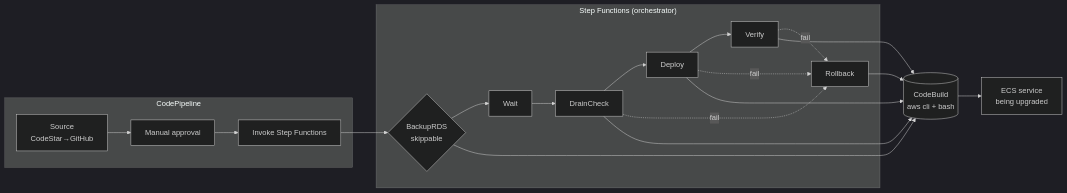
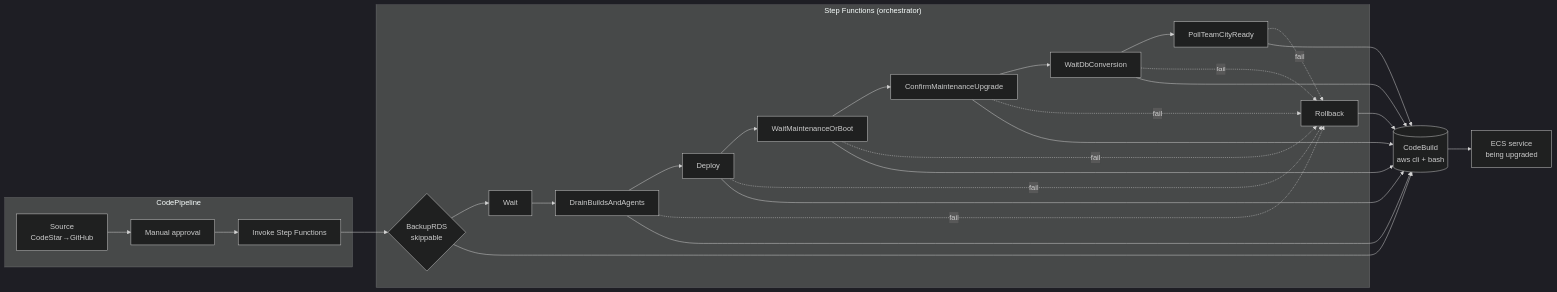
The diagram in README.md (Funkythumbs42/tc-upgrade-poc), drawn with Mermaid (dark theme) before and after one commit. The commit also changed other lines of this file and 12 other files, not shown here.

First line of the commit message:
Add autonomous major TC upgrade: drain agents, maintenance confirm, DB wait

````diff
--- a/README.md
+++ b/README.md
@@ -68,25 +72,34 @@
 ```mermaid
 flowchart LR
   subgraph Pipeline["CodePipeline"]
     S[Source<br/>CodeStar→GitHub] --> A[Manual approval]
     A --> I[Invoke Step Functions]
   end
 
   subgraph SFN["Step Functions (orchestrator)"]
     B{BackupRDS<br/>skippable} --> W[Wait]
-    W --> D[DrainCheck]
-    D --> U[Deploy]
-    U --> V[Verify]
-    D -. fail .-> R[Rollback]
+    W --> Dr[DrainBuildsAndAgents]
+    Dr --> U[Deploy]
+    U --> M[WaitMaintenanceOrBoot]
+    M --> C[ConfirmMaintenanceUpgrade]
+    C --> Db[WaitDbConversion]
+    Db --> P[PollTeamCityReady]
+    Dr -. fail .-> R[Rollback]
     U -. fail .-> R
-    V -. fail .-> R
+    M -. fail .-> R
+    C -. fail .-> R
+    Db -. fail .-> R
+    P -. fail .-> R
   end
 
   I --> B
   B --> CB[(CodeBuild<br/>aws cli + bash)]
-  D --> CB
+  Dr --> CB
   U --> CB
-  V --> CB
+  M --> CB
+  C --> CB
+  Db --> CB
+  P --> CB
   R --> CB
   CB --> ECS[ECS service<br/>being upgraded]
 ```
````
